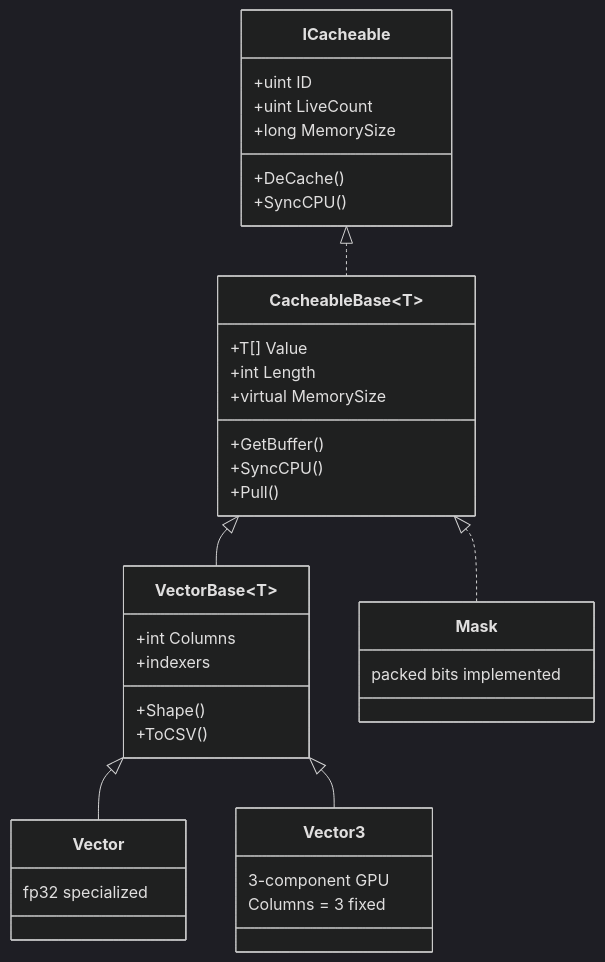
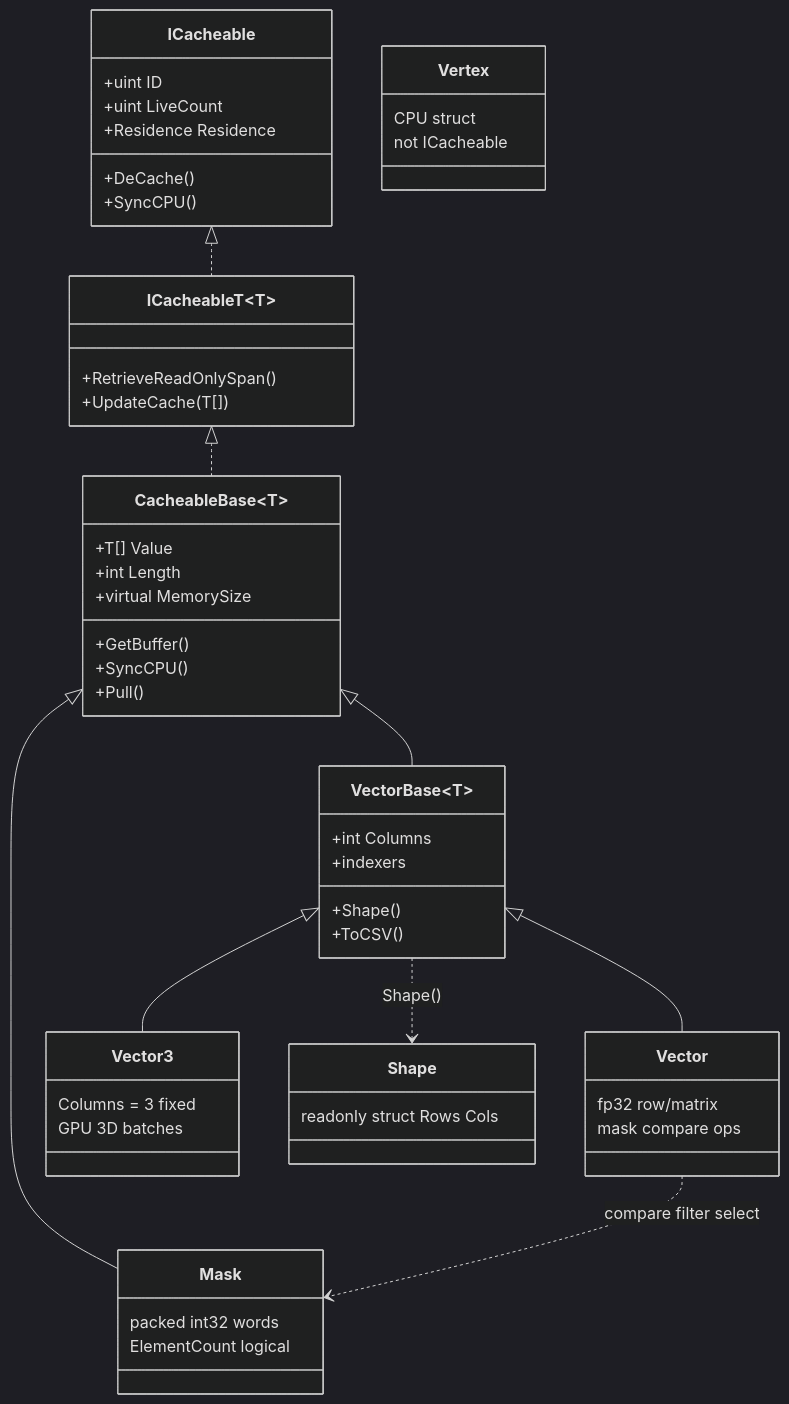
Before and after one commit to MPSQUARK/BAVCL: the second of 6 diagrams in Documentation/BAVCLSpecification.md, drawn with Mermaid (dark theme). The commit also changed other lines of this file, not shown here.

Commit message:
diagrams updated

````diff
--- a/Documentation/BAVCLSpecification.md
+++ b/Documentation/BAVCLSpecification.md
@@ -206,40 +234,56 @@
 ```mermaid
 classDiagram
     class ICacheable {
         +uint ID
         +uint LiveCount
-        +long MemorySize
+        +Residence Residence
         +DeCache()
         +SyncCPU()
+    }
+    class ICacheableT~T~ {
+        +RetrieveReadOnlySpan()
+        +UpdateCache(T[])
     }
     class CacheableBase~T~ {
         +T[] Value
         +int Length
         +virtual MemorySize
         +GetBuffer()
         +SyncCPU()
         +Pull()
     }
     class VectorBase~T~ {
         +int Columns
         +Shape()
         +indexers
         +ToCSV()
     }
     class Vector {
-        fp32 specialized
+        fp32 row/matrix
+        mask compare ops
     }
     class Vector3 {
-        3-component GPU
         Columns = 3 fixed
+        GPU 3D batches
     }
     class Mask {
-        packed bits implemented
+        packed int32 words
+        ElementCount logical
+    }
+    class Vertex {
+        CPU struct
+        not ICacheable
+    }
+    class Shape {
+        readonly struct Rows Cols
     }
 
-    ICacheable <|.. CacheableBase
+    ICacheable <|.. ICacheableT
+    ICacheableT <|.. CacheableBase
     CacheableBase <|-- VectorBase
-    CacheableBase <|.. Mask
+    CacheableBase <|-- Mask
     VectorBase <|-- Vector
     VectorBase <|-- Vector3
+    VectorBase ..> Shape : Shape()
+    Vector ..> Mask : compare filter select
 ```
````
